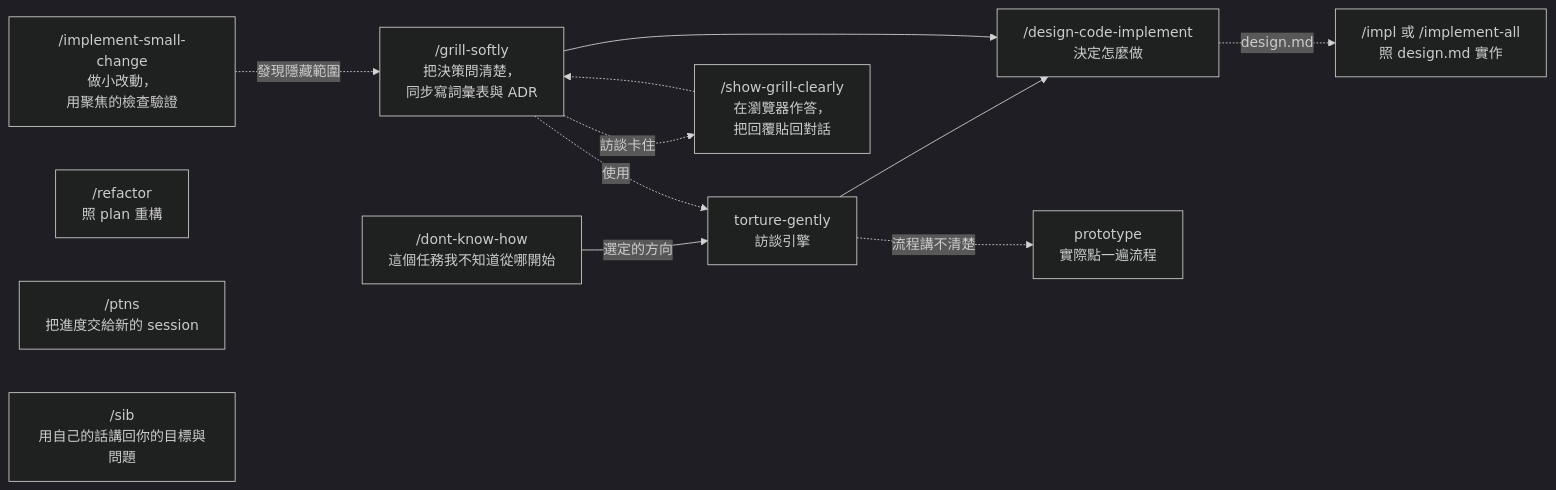
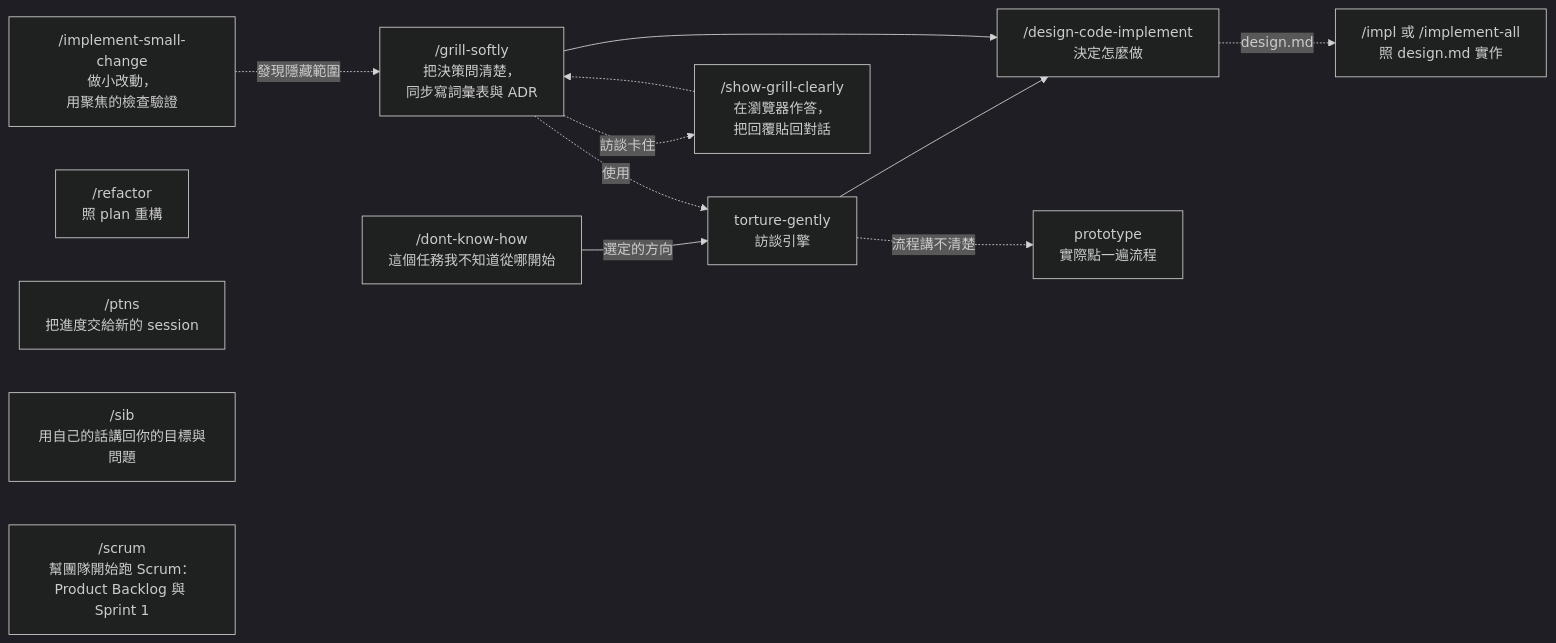
One commit to GUOJIE-HONG/skills changed the diagram in README.zh-TW.md. Above: the diagram before and after it, drawn with Mermaid (dark theme). The commit also changed 5 other files, not shown here.

````diff
--- a/README.zh-TW.md
+++ b/README.zh-TW.md
@@ -59,17 +59,18 @@
 ```mermaid
 flowchart LR
     A["/dont-know-how<br/>這個任務我不知道從哪開始"] -->|"選定的方向"| F["torture-gently<br/>訪談引擎"]
     F --> C
     F -. 流程講不清楚 .-> P["prototype<br/>實際點一遍流程"]
     B["/grill-softly<br/>把決策問清楚，<br/>同步寫詞彙表與 ADR"]
     B --> C["/design-code-implement<br/>決定怎麼做"]
     D["/implement-small-change<br/>做小改動，<br/>用聚焦的檢查驗證"]
     R["/refactor<br/>照 plan 重構"]
     H["/ptns<br/>把進度交給新的 session"]
     S["/sib<br/>用自己的話講回你的目標與問題"]
+    K["/scrum<br/>幫團隊開始跑 Scrum：<br/>Product Backlog 與 Sprint 1"]
     C -.->|"design.md"| G["/impl 或 /implement-all<br/>照 design.md 實作"]
     B -. 訪談卡住 .-> E["/show-grill-clearly<br/>在瀏覽器作答，<br/>把回覆貼回對話"]
     E -.-> B
     B -. 使用 .-> F
     D -. 發現隱藏範圍 .-> B
 ```
````
